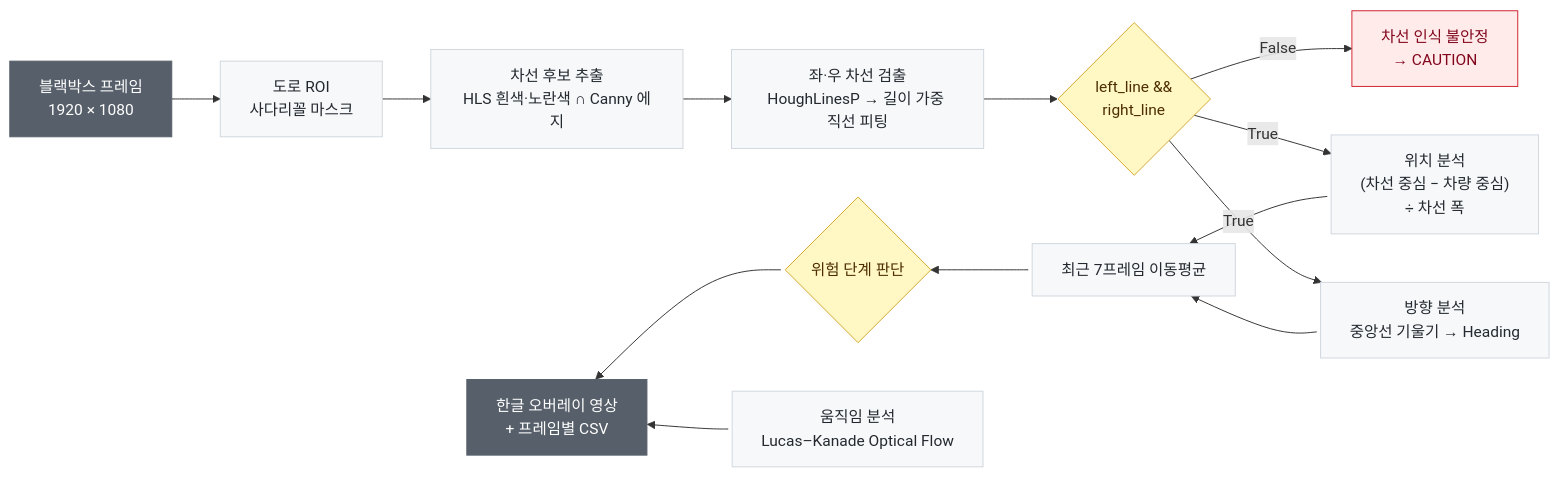
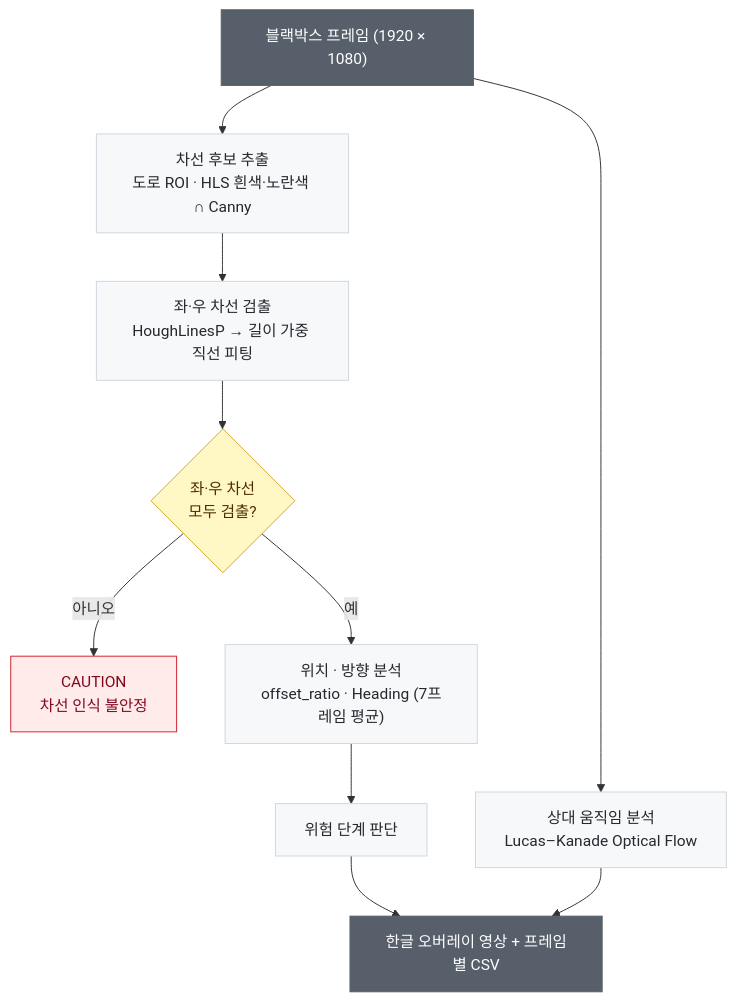
Before and after one commit to YOOBIN-AN/driving-analysis: the diagram in vehicle-driving-analysis/README.md, drawn with Mermaid. The commit also changed other lines of this file and 1 other file, not shown here.

Commit message:
Improve README readability: tables, simplified flowchart, repo tree

````diff
--- a/vehicle-driving-analysis/README.md
+++ b/vehicle-driving-analysis/README.md
@@ -126,23 +39,21 @@
 ```mermaid
-flowchart LR
-    IN["블랙박스 프레임<br/>1920 × 1080"] --> ROI["도로 ROI<br/>사다리꼴 마스크"] --> CAND["차선 후보 추출<br/>HLS 흰색·노란색 ∩ Canny 에지"] --> LINE["좌·우 차선 검출<br/>HoughLinesP → 길이 가중 직선 피팅"] --> CHK{"left_line &&<br/>right_line"}
-    CHK -- False --> FAIL["차선 인식 불안정<br/>→ CAUTION"]
-    CHK -- True --> POS["위치 분석<br/>(차선 중심 − 차량 중심)<br/>÷ 차선 폭"]
-    CHK -- True --> HEAD["방향 분석<br/>중앙선 기울기 → Heading"]
-    AVG["최근 7프레임 이동평균"] <--> POS
-    AVG <--> HEAD
-    RISK{"위험 단계 판단"} <--> AVG
-    OUT["한글 오버레이 영상<br/>+ 프레임별 CSV"] <--> RISK
-    OUT <--> FLOW["움직임 분석<br/>Lucas–Kanade Optical Flow"]
-
-    linkStyle 7,8,9,10,11 marker-end:none
+flowchart TD
+    IN["블랙박스 프레임 (1920 × 1080)"] --> CAND["차선 후보 추출<br/>도로 ROI · HLS 흰색·노란색 ∩ Canny"]
+    CAND --> LINE["좌·우 차선 검출<br/>HoughLinesP → 길이 가중 직선 피팅"]
+    LINE --> CHK{"좌·우 차선<br/>모두 검출?"}
+    CHK -- 아니오 --> FAIL["CAUTION<br/>차선 인식 불안정"]
+    CHK -- 예 --> ANA["위치 · 방향 분석<br/>offset_ratio · Heading (7프레임 평균)"]
+    ANA --> RISK["위험 단계 판단"]
+    IN --> FLOW["상대 움직임 분석<br/>Lucas–Kanade Optical Flow"]
+    RISK --> OUT["한글 오버레이 영상 + 프레임별 CSV"]
+    FLOW --> OUT
 
     classDef io fill:#57606a,stroke:#57606a,color:#fff
     classDef step fill:#f6f8fa,stroke:#d0d7de,color:#24292f
     classDef decide fill:#fff8c5,stroke:#d4a72c,color:#4d2d00
     classDef fail fill:#ffebe9,stroke:#cf222e,color:#82071e
     class IN,OUT io
-    class ROI,CAND,LINE,POS,HEAD,FLOW,AVG step
-    class CHK,RISK decide
+    class CAND,LINE,ANA,RISK,FLOW step
+    class CHK decide
     class FAIL fail
 ```
````
